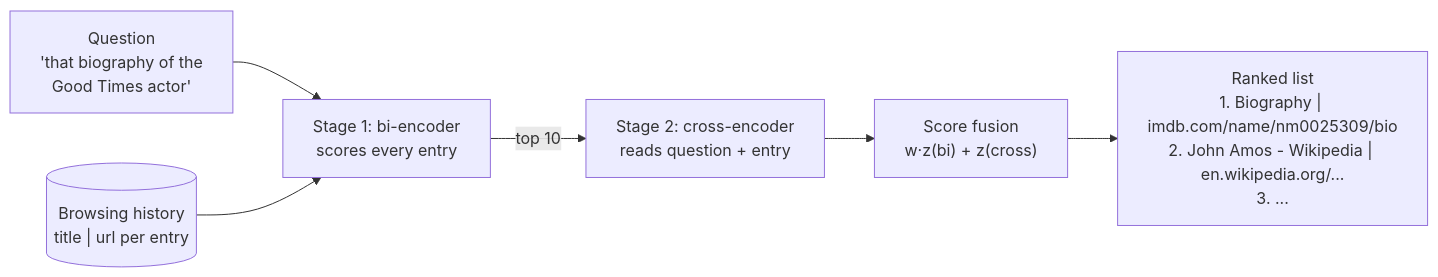
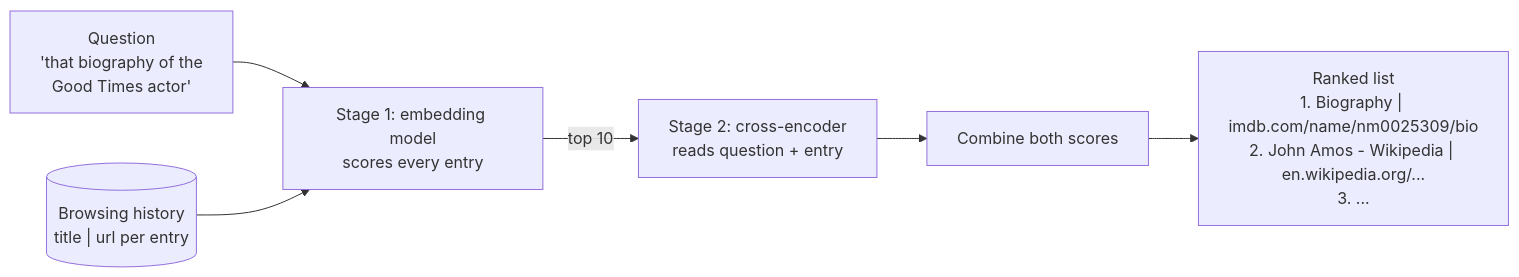
The first of 2 diagrams in README.md (Adi-Ram123/Breadcrumbs-History-Retriever), drawn with Mermaid before and after one commit. The commit also changed other lines of this file and 16 other files, not shown here.

Commit message:
Restructure report.md and README as one story (BM25, embedding model, fine-tuning, reranker) with H1-H3 and evidence

````diff
--- a/README.md
+++ b/README.md
@@ -35,8 +39,8 @@
 ```mermaid
 flowchart LR
-    Q["Question<br/>'that biography of the<br/>Good Times actor'"] --> S1["Stage 1: bi-encoder<br/>scores every entry"]
+    Q["Question<br/>'that biography of the<br/>Good Times actor'"] --> S1["Stage 1: embedding model<br/>scores every entry"]
     H[("Browsing history<br/>title | url per entry")] --> S1
     S1 -->|top 10| S2["Stage 2: cross-encoder<br/>reads question + entry"]
-    S2 --> F["Score fusion<br/>w·z(bi) + z(cross)"]
+    S2 --> F["Combine both scores"]
     F --> L["Ranked list<br/>1. Biography | imdb.com/name/nm0025309/bio<br/>2. John Amos - Wikipedia | en.wikipedia.org/...<br/>3. ..."]
 ```
````
